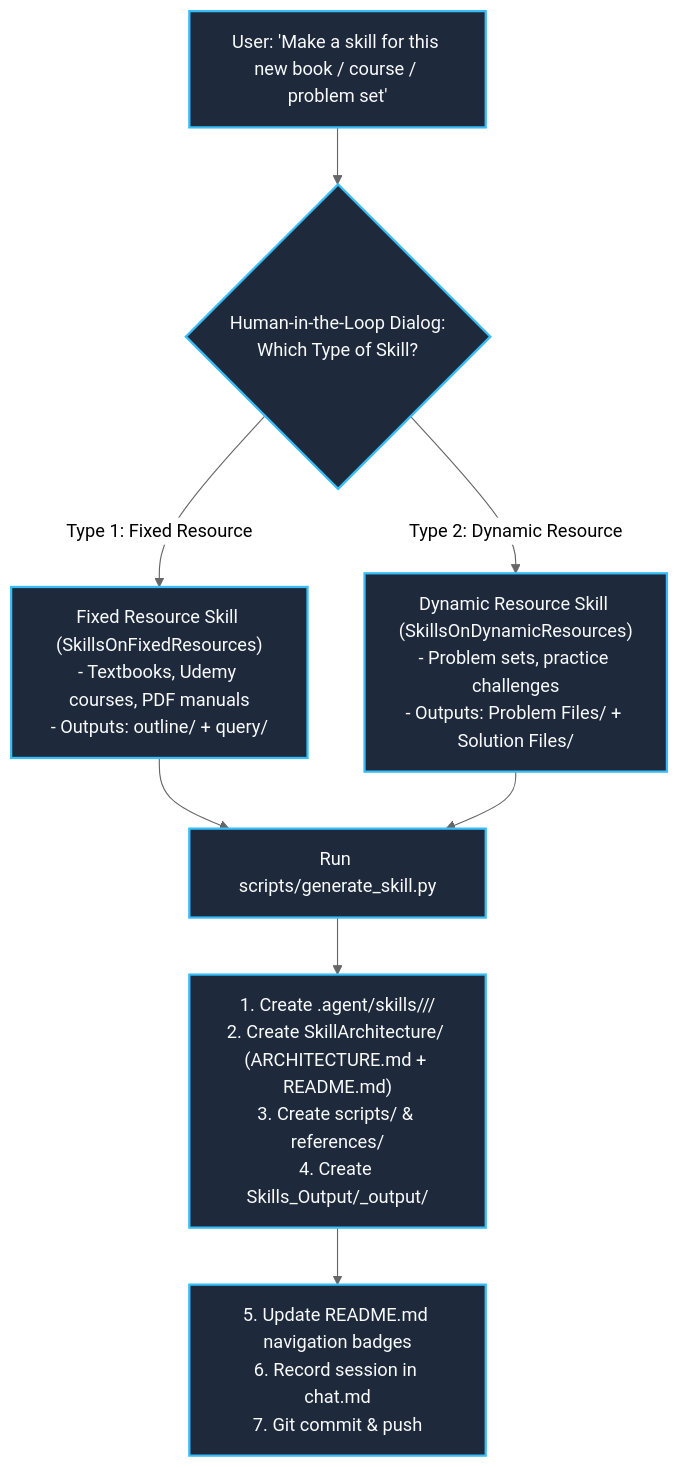
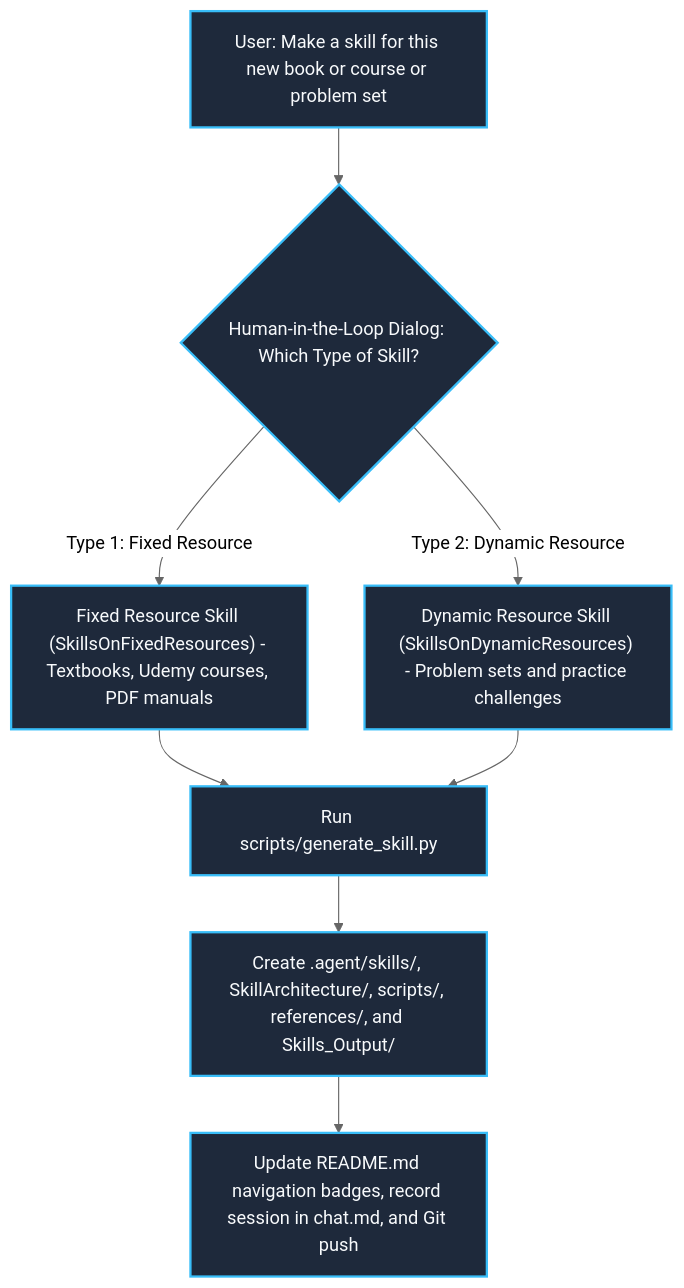
One commit to AkmKawser/Database-Management-System changed the diagram in .agent/skills/SkillGenerator/SkillArchitecture/ARCHITECTURE.md. Above: the diagram before and after it, drawn with Mermaid (neutral theme). The commit also changed 11 other files, not shown here.

Commit message:
Fix Mermaid got PS parser error by double-quoting all node labels, upgrade audit_rendering.py, and codify global source attribution & simplification rules

````diff
--- a/.agent/skills/SkillGenerator/SkillArchitecture/ARCHITECTURE.md
+++ b/.agent/skills/SkillGenerator/SkillArchitecture/ARCHITECTURE.md
@@ -11,17 +11,17 @@
 ```mermaid
 flowchart TD
-    UserPrompt["User: 'Make a skill for this new book / course / problem set'"] --> HITL{"Human-in-the-Loop Dialog:<br/>Which Type of Skill?"}
+    UserPrompt["User: Make a skill for this new book or course or problem set"] --> HITL{"Human-in-the-Loop Dialog: Which Type of Skill?"}
     
-    HITL -->|Type 1: Fixed Resource| FixedBranch["Fixed Resource Skill (SkillsOnFixedResources)<br/>- Textbooks, Udemy courses, PDF manuals<br/>- Outputs: outline/ + query/"]
-    HITL -->|Type 2: Dynamic Resource| DynamicBranch["Dynamic Resource Skill (SkillsOnDynamicResources)<br/>- Problem sets, practice challenges<br/>- Outputs: Problem Files/ + Solution Files/"]
+    HITL -->|"Type 1: Fixed Resource"| FixedBranch["Fixed Resource Skill (SkillsOnFixedResources) - Textbooks, Udemy courses, PDF manuals"]
+    HITL -->|"Type 2: Dynamic Resource"| DynamicBranch["Dynamic Resource Skill (SkillsOnDynamicResources) - Problem sets and practice challenges"]
 
     FixedBranch --> GenCLI["Run scripts/generate_skill.py"]
     DynamicBranch --> GenCLI
 
-    GenCLI --> Scaffold["1. Create .agent/skills/<Type>/<Name>/<br/>2. Create SkillArchitecture/ (ARCHITECTURE.md + README.md)<br/>3. Create scripts/ & references/<br/>4. Create Skills_Output/<Name>_output/"]
+    GenCLI --> Scaffold["Create .agent/skills/, SkillArchitecture/, scripts/, references/, and Skills_Output/"]
     
-    Scaffold --> Sync["5. Update README.md navigation badges<br/>6. Record session in chat.md<br/>7. Git commit & push"]
+    Scaffold --> Sync["Update README.md navigation badges, record session in chat.md, and Git push"]
 
     classDef stage fill:#1e293b,stroke:#38bdf8,stroke-width:2px,color:#f8fafc;
     class UserPrompt,HITL,FixedBranch,DynamicBranch,GenCLI,Scaffold,Sync stage;
 ```
````
